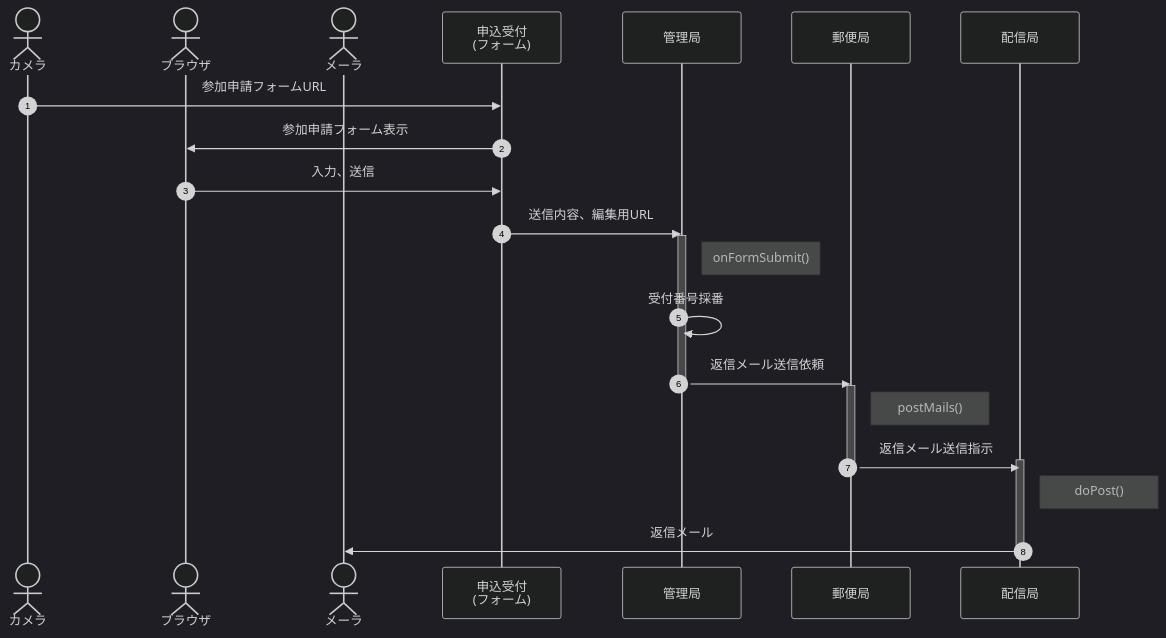
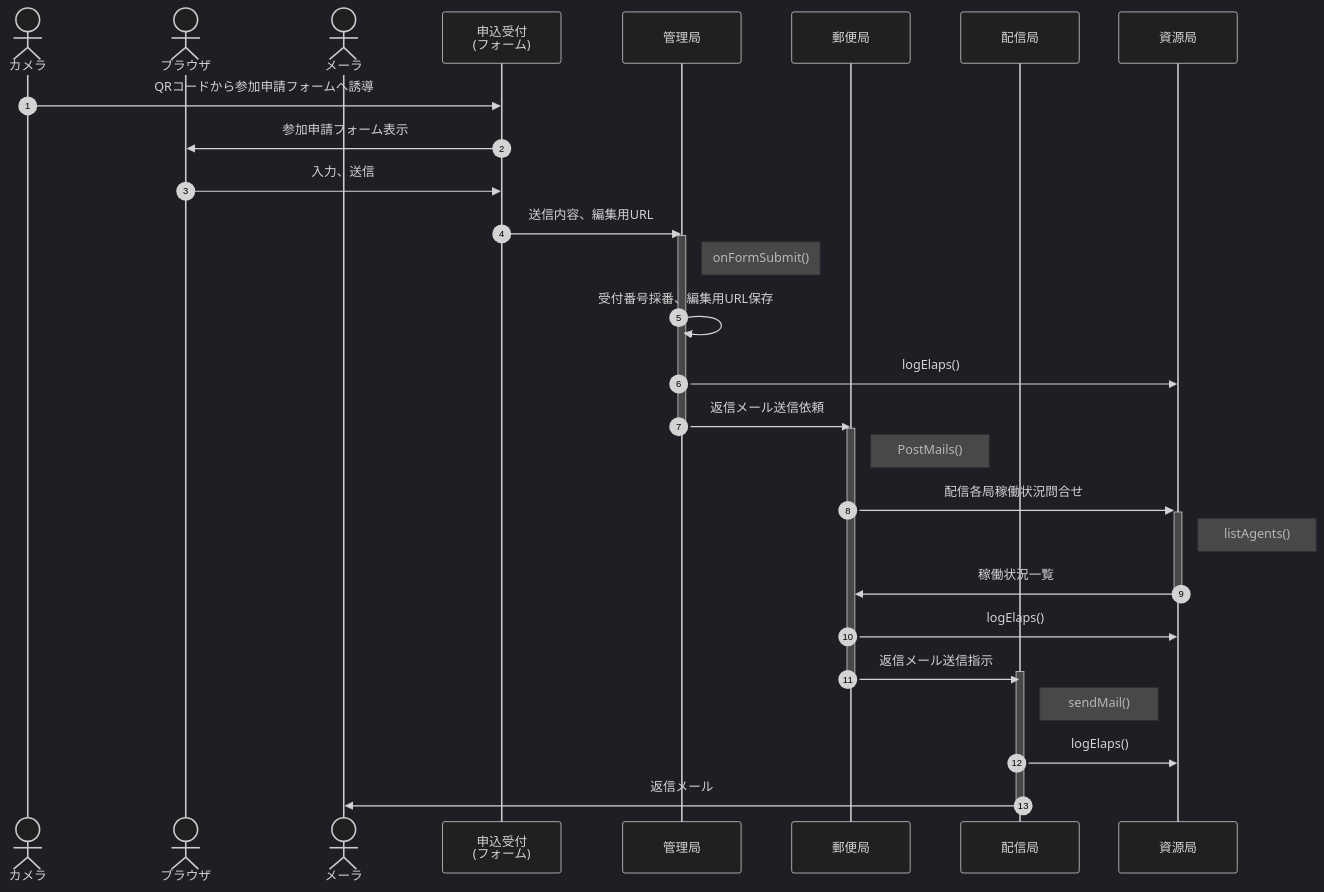
The second of 5 diagrams in doc/server.md (nakaone/EventStaff), drawn with Mermaid (dark theme) before and after one commit. The commit also changed other lines of this file and 187 other files, not shown here.

````diff
--- a/doc/server.md
+++ b/doc/server.md
@@ -93,31 +93,36 @@
 ```mermaid
-
 sequenceDiagram
   autonumber
   actor camera as カメラ
   actor browser as ブラウザ
   actor mail as メーラ
-  participant form as 申込受付<br>(フォーム)
-  participant master as 管理局
-  participant post as 郵便局
-  participant deli as 配信局
+  participant Form as 申込受付<br>(フォーム)
+  participant Master as 管理局
+  participant Post as 郵便局
+  participant Agent as 配信局
+  participant Agency as 資源局
 
-  camera ->> form : 参加申請フォームURL
-  form ->> browser : 参加申請フォーム表示
-  browser ->> form : 入力、送信
-  form ->> master : 送信内容、編集用URL
-  activate master
-  Note right of master : onFormSubmit()
-  master ->> master : 受付番号採番
-  master ->> post : 返信メール送信依頼
-  deactivate master
-  activate post
-  Note right of post : postMails()
-  post ->> deli : 返信メール送信指示
-  activate deli
-  deactivate post
-  Note right of deli : doPost()
-  deli ->> mail : 返信メール
-  deactivate deli
-
+  camera ->> Form : QRコードから参加申請フォームへ誘導
+  Form ->> browser : 参加申請フォーム表示
+  browser ->> Form : 入力、送信
+  Form ->> Master : 送信内容、編集用URL
+  activate Master
+  Note right of Master : onFormSubmit()
+  Master ->> Master : 受付番号採番、編集用URL保存
+  Master ->> Agency : logElaps()
+  Master ->> Post : 返信メール送信依頼
+  deactivate Master
+  activate Post
+  Note right of Post : PostMails()
+  Post ->>+ Agency : 配信各局稼働状況問合せ
+  Note right of Agency : listAgents()
+  Agency ->>- Post : 稼働状況一覧
+  Post ->> Agency : logElaps()
+  Post ->> Agent : 返信メール送信指示
+  activate Agent
+  deactivate Post
+  Note right of Agent : sendMail()
+  Agent ->> Agency : logElaps()
+  Agent ->> mail : 返信メール
+  deactivate Agent
 ```
````
